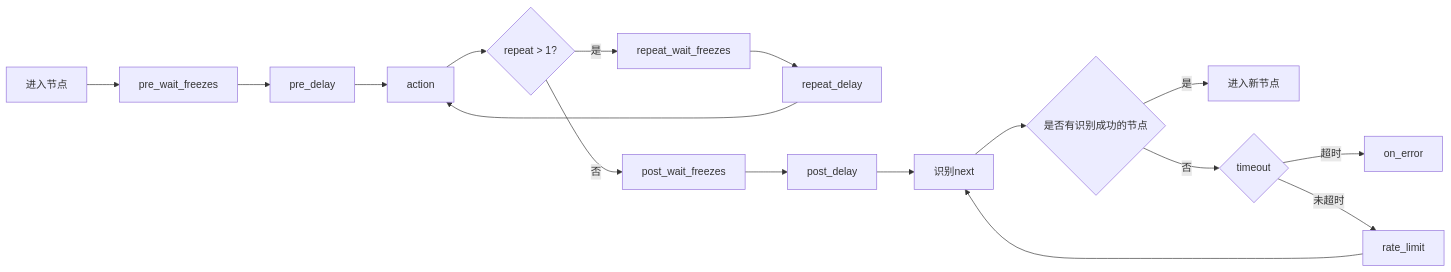
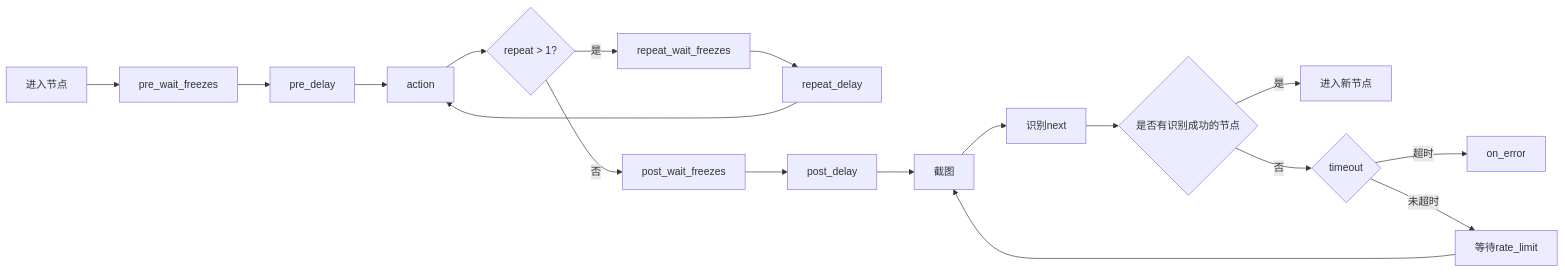
The third of 4 diagrams in docs/zh_cn/3.1-任务流水线协议.md (MaaXYZ/MaaFramework), drawn with Mermaid before and after one commit. The commit also changed 3 other files, not shown here.

````diff
--- a/docs/zh_cn/3.1-任务流水线协议.md
+++ b/docs/zh_cn/3.1-任务流水线协议.md
@@ -236,19 +236,20 @@
 ```mermaid
     graph LR
         A[进入节点] --> B[pre_wait_freezes]
         B --> C[pre_delay]
         C --> D[action]
         D --> M{repeat > 1?}
         M -->|是| N[repeat_wait_freezes]
         N --> O[repeat_delay]
         O --> D
         M -->|否| E[post_wait_freezes]
         E --> F[post_delay]
-        F --> G[识别next]
+        F --> P[截图]
+        P --> G[识别next]
         G --> H{是否有识别成功的节点}
         H -->|是| I[进入新节点]
         H -->|否| J{timeout}
         J -->|超时| K[on_error]
-        J -->|未超时| L[rate_limit]
-        L --> G
+        J -->|未超时| L[等待rate_limit]
+        L --> P
 ```
````
